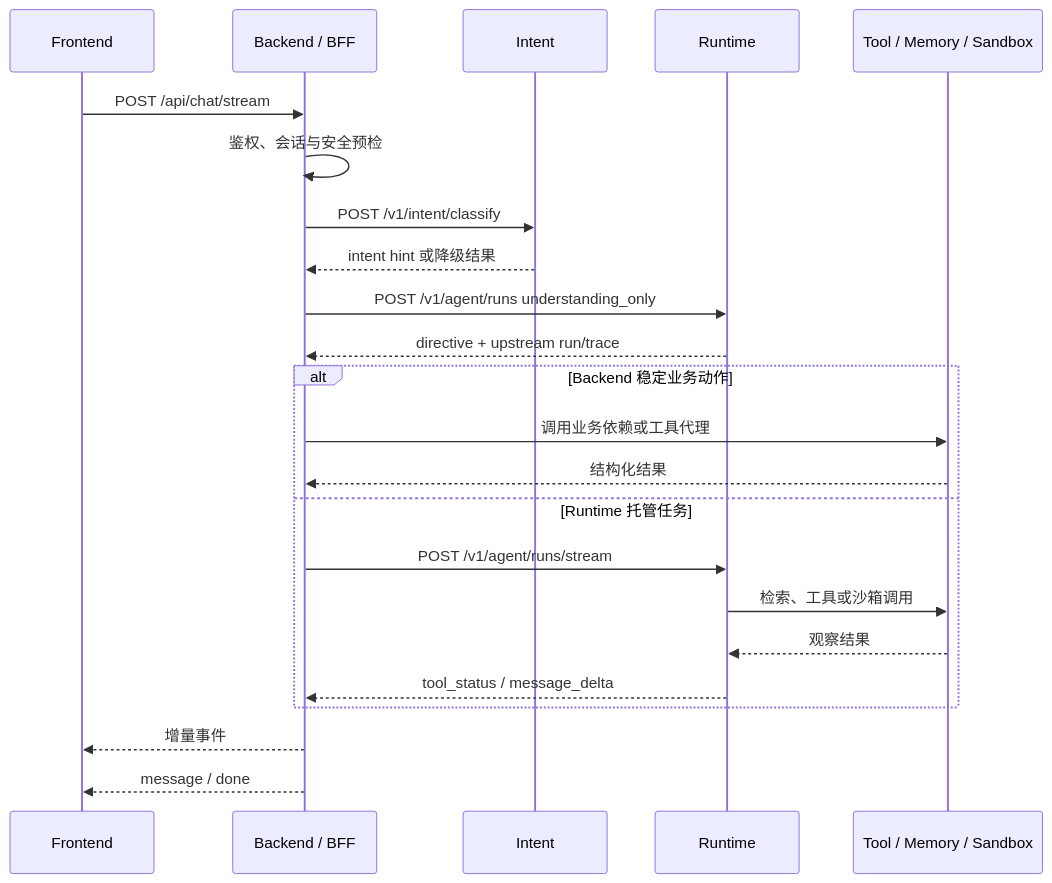
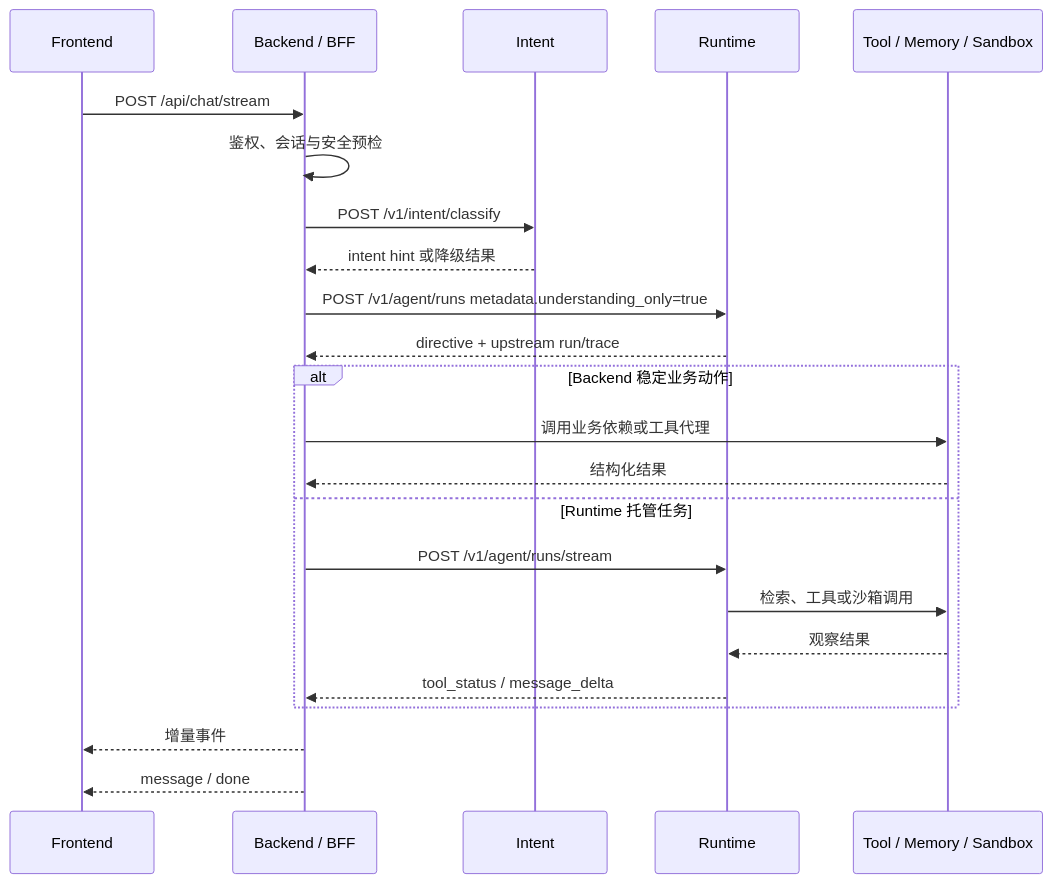
Before and after one commit to Logistic98/job-buddy: the fourth of 5 diagrams in agent-doc/架构设计/系统架构与核心链路.md, drawn with Mermaid. The commit also changed other lines of this file and 20 other files, not shown here.

````diff
--- a/agent-doc/架构设计/系统架构与核心链路.md
+++ b/agent-doc/架构设计/系统架构与核心链路.md
@@ -65,26 +106,26 @@
 ```mermaid
 sequenceDiagram
     participant FE as Frontend
     participant BE as Backend / BFF
     participant IN as Intent
     participant RT as Runtime
     participant DEP as Tool / Memory / Sandbox
 
     FE->>BE: POST /api/chat/stream
     BE->>BE: 鉴权、会话与安全预检
     BE->>IN: POST /v1/intent/classify
     IN-->>BE: intent hint 或降级结果
-    BE->>RT: POST /v1/agent/runs understanding_only
+    BE->>RT: POST /v1/agent/runs metadata.understanding_only=true
     RT-->>BE: directive + upstream run/trace
     alt Backend 稳定业务动作
         BE->>DEP: 调用业务依赖或工具代理
         DEP-->>BE: 结构化结果
     else Runtime 托管任务
         BE->>RT: POST /v1/agent/runs/stream
         RT->>DEP: 检索、工具或沙箱调用
         DEP-->>RT: 观察结果
         RT-->>BE: tool_status / message_delta
     end
     BE-->>FE: 增量事件
     BE-->>FE: message / done
 ```
````
